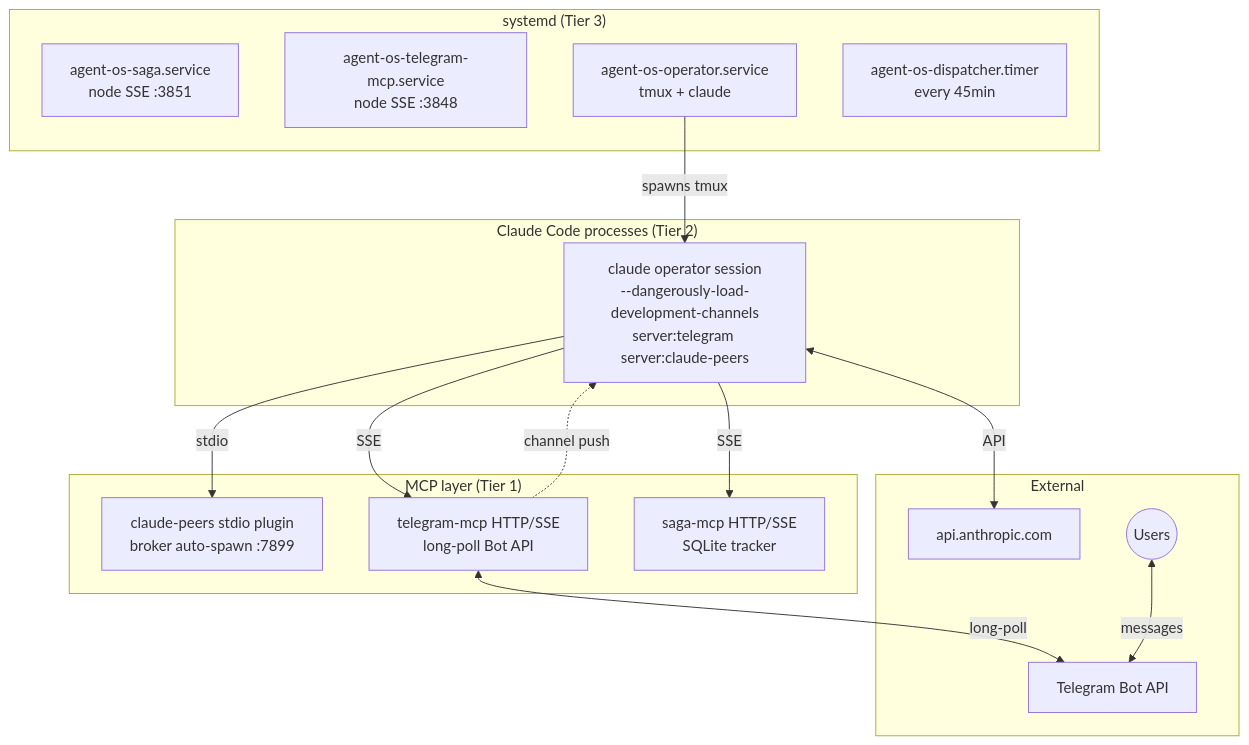
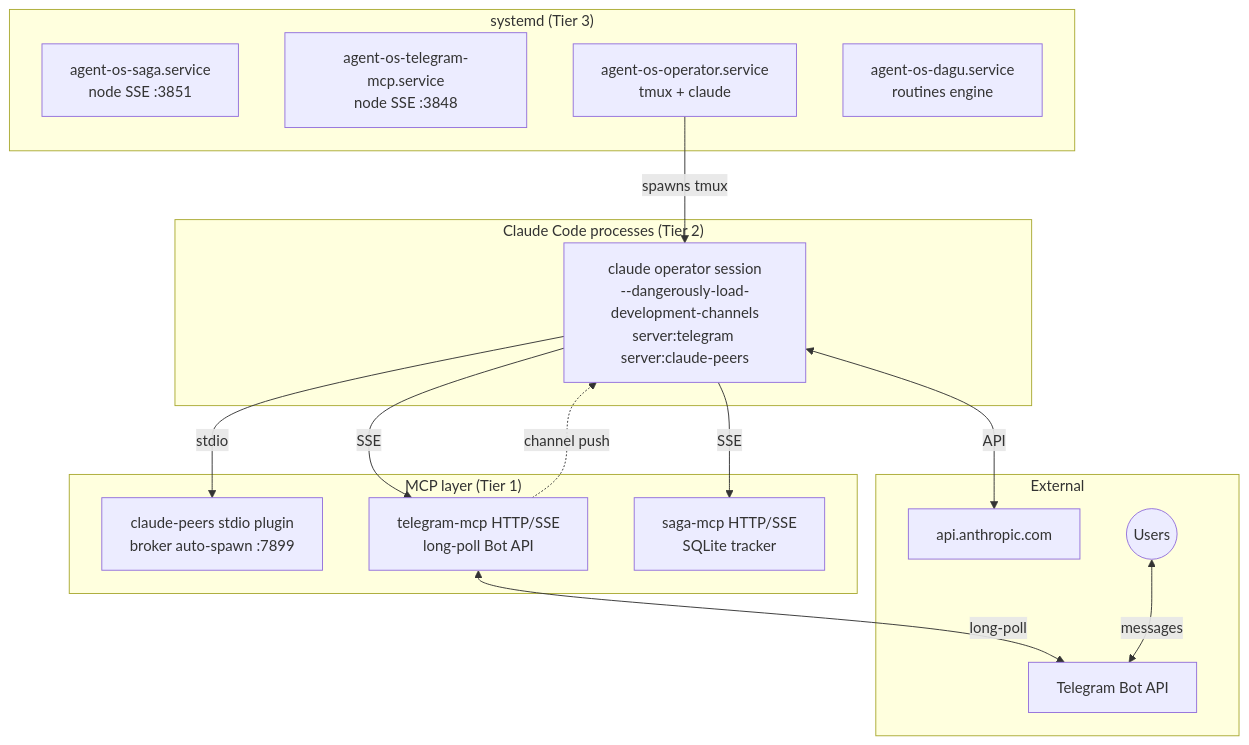
One commit to try-agent-os/claude-code-template changed the first of 2 diagrams in ARCHITECTURE.md. Above: the diagram before and after it, drawn with Mermaid. The commit also changed other lines of this file and 44 other files, not shown here.

````diff
--- a/ARCHITECTURE.md
+++ b/ARCHITECTURE.md
@@ -48,34 +48,34 @@
 ```mermaid
 flowchart TB
     subgraph systemd["systemd (Tier 3)"]
         saga[agent-os-saga.service<br/>node SSE :3851]
         tg[agent-os-telegram-mcp.service<br/>node SSE :3848]
         op[agent-os-operator.service<br/>tmux + claude]
-        disp[agent-os-dispatcher.timer<br/>every 45min]
+        disp[agent-os-dagu.service<br/>routines engine]
     end
 
     subgraph claude["Claude Code processes (Tier 2)"]
         opclaude[claude operator session<br/>--dangerously-load-development-channels<br/>server:telegram server:claude-peers]
     end
 
     subgraph mcp["MCP layer (Tier 1)"]
         peers[claude-peers stdio plugin<br/>broker auto-spawn :7899]
         tgmcp[telegram-mcp HTTP/SSE<br/>long-poll Bot API]
         sagamcp[saga-mcp HTTP/SSE<br/>SQLite tracker]
     end
 
     subgraph external["External"]
         tgapi[Telegram Bot API]
         anthapi[api.anthropic.com]
         users((Users))
     end
 
     op -->|spawns tmux| opclaude
     opclaude -->|stdio| peers
     opclaude -->|SSE| tgmcp
     opclaude -->|SSE| sagamcp
     tgmcp <-->|long-poll| tgapi
     opclaude <-->|API| anthapi
     users <-->|messages| tgapi
     tgmcp -.channel push.-> opclaude
 ```
````
